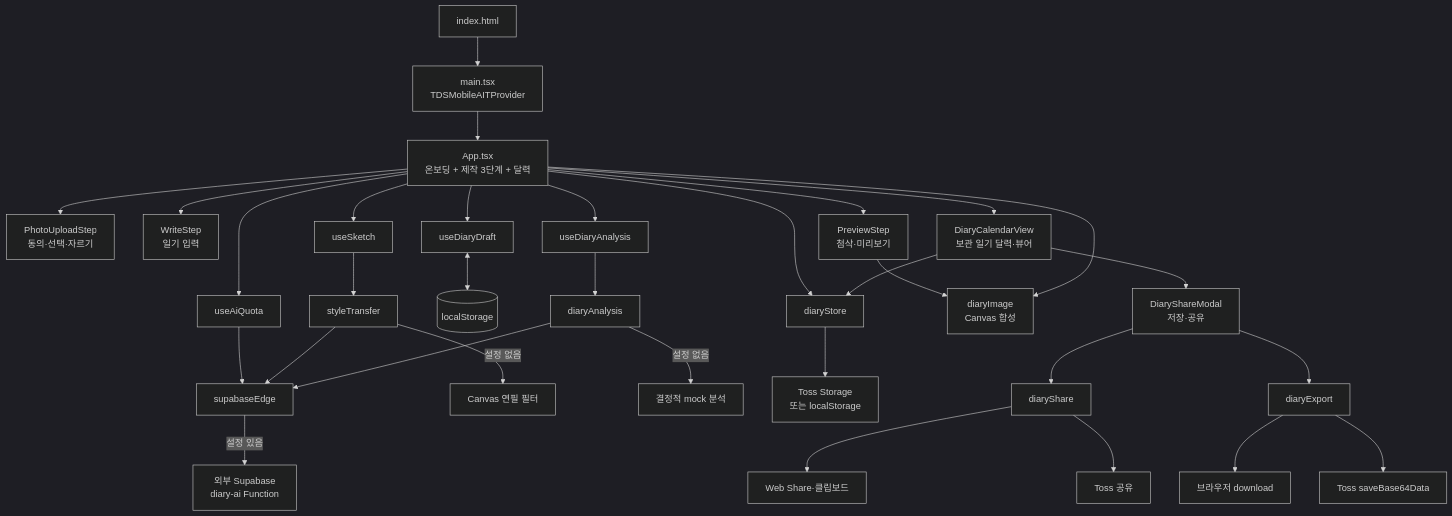
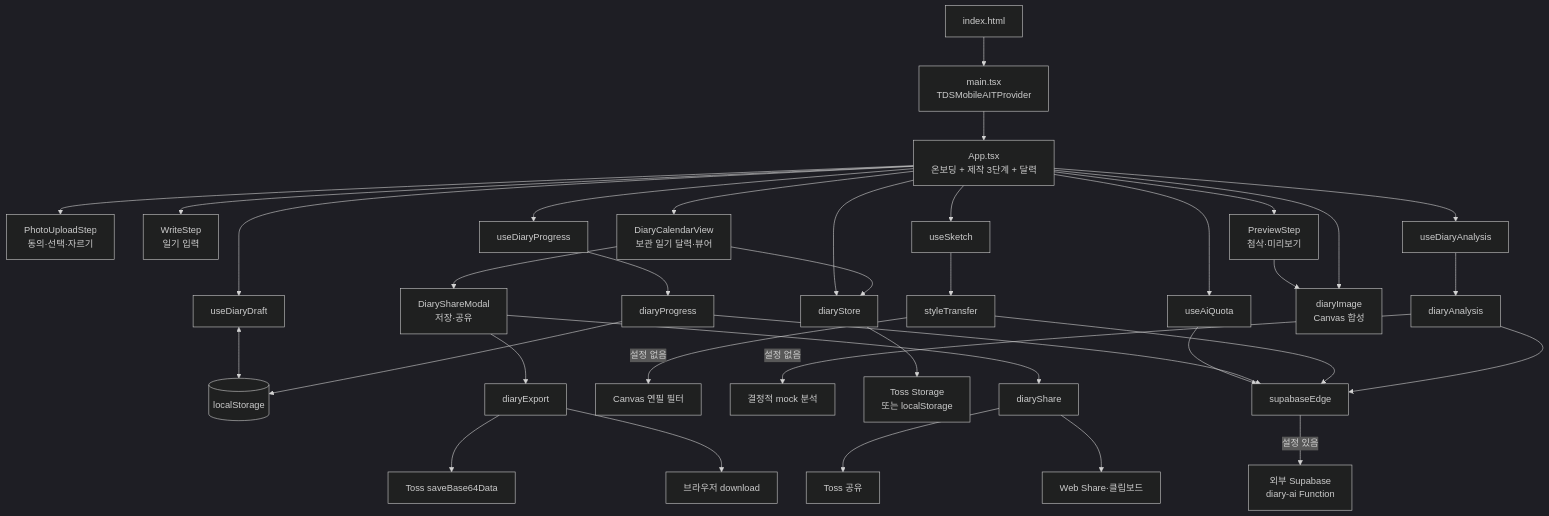
Before and after one commit to SummerVacationDiaryTMD/Summer_Vacation_Diary: the first of 3 diagrams in docs/architecture.md, drawn with Mermaid (dark theme). The commit also changed other lines of this file and 16 other files, not shown here.

````diff
--- a/docs/architecture.md
+++ b/docs/architecture.md
@@ -16,39 +16,43 @@
 ```mermaid
 flowchart TD
     HTML["index.html"] --> Main["main.tsx<br/>TDSMobileAITProvider"]
     Main --> App["App.tsx<br/>온보딩 + 제작 3단계 + 달력"]
 
     App --> Upload["PhotoUploadStep<br/>동의·선택·자르기"]
     App --> Write["WriteStep<br/>일기 입력"]
     App --> Preview["PreviewStep<br/>첨삭·미리보기"]
     App --> Calendar["DiaryCalendarView<br/>보관 일기 달력·뷰어"]
     Calendar --> ShareModal["DiaryShareModal<br/>저장·공유"]
 
     App --> Draft["useDiaryDraft"]
     App --> Sketch["useSketch"]
     App --> Analysis["useDiaryAnalysis"]
     App --> Quota["useAiQuota"]
+    App --> Progress["useDiaryProgress"]
 
     Draft <--> Local[("localStorage")]
     Sketch --> Transfer["styleTransfer"]
     Analysis --> Analyzer["diaryAnalysis"]
     Quota --> EdgeClient["supabaseEdge"]
+    Progress --> ProgressService["diaryProgress"]
+    ProgressService --> EdgeClient
+    ProgressService --> Local
     Transfer --> EdgeClient
     Analyzer --> EdgeClient
 
     EdgeClient -->|설정 있음| Edge["외부 Supabase<br/>diary-ai Function"]
     Transfer -->|설정 없음| Filter["Canvas 연필 필터"]
     Analyzer -->|설정 없음| Mock["결정적 mock 분석"]
 
     Preview --> Composer["diaryImage<br/>Canvas 합성"]
     App --> Composer
     App --> Archive["diaryStore"]
     Calendar --> Archive
     Archive --> DeviceStore["Toss Storage<br/>또는 localStorage"]
     ShareModal --> Export["diaryExport"]
     ShareModal --> Share["diaryShare"]
     Export --> TossSave["Toss saveBase64Data"]
     Export --> BrowserSave["브라우저 download"]
     Share --> TossShare["Toss 공유"]
     Share --> BrowserShare["Web Share·클립보드"]
 ```
````
